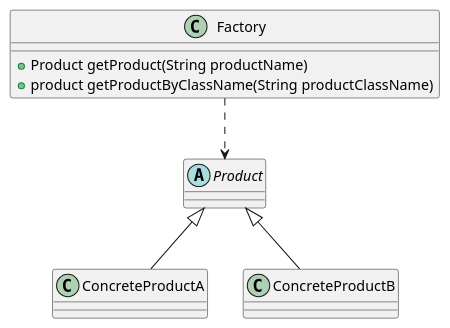
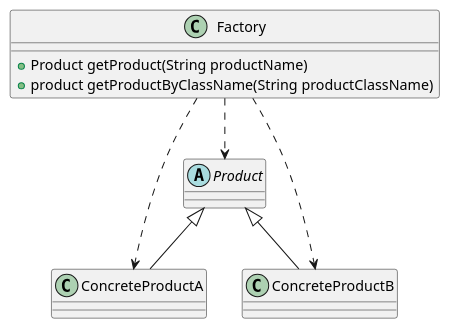
Before and after one commit to mrathena/design.pattern: the diagram in src/main/java/com/mrathena/design/pattern/build/simple/factory/pattern/simple.factory.pattern.puml, drawn with PlantUML. The commit also changed 9 other files, not shown here.

```diff
--- a/src/main/java/com/mrathena/design/pattern/build/simple/factory/pattern/simple.factory.pattern.puml
+++ b/src/main/java/com/mrathena/design/pattern/build/simple/factory/pattern/simple.factory.pattern.puml
@@ -1,12 +1,14 @@
 @startuml
 
 abstract class Product
 class ConcreteProductA extends Product
 class ConcreteProductB extends Product
 class Factory {
     + Product getProduct(String productName)
     + product getProductByClassName(String productClassName)
 }
 Factory ..> Product
+Factory ..> ConcreteProductA
+Factory ..> ConcreteProductB
 
 @enduml
```
